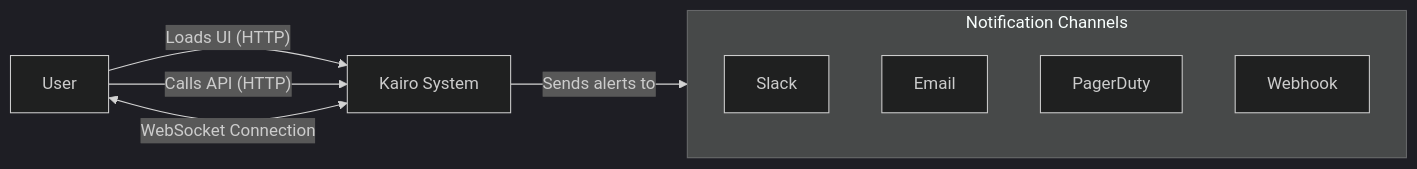
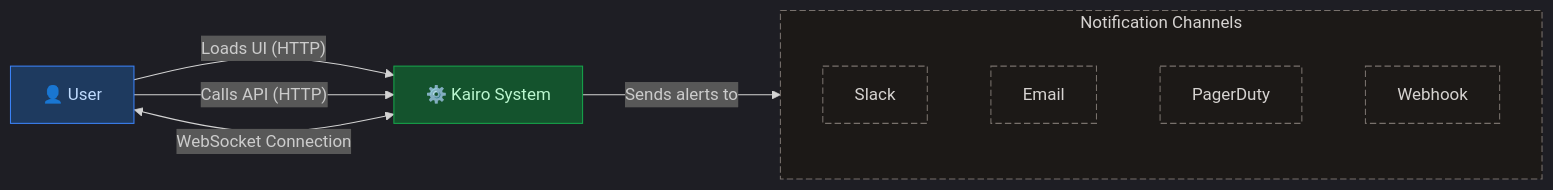
The diagram in docs/architecture/c4/1-context.mmd (aaron-fredrick/kairo), drawn with Mermaid before and after one commit. The commit also changed 14 other files, not shown here.

First line of the commit message:
Add C4 model diagrams for various components and layers

```diff
--- a/docs/architecture/c4/1-context.mmd
+++ b/docs/architecture/c4/1-context.mmd
@@ -1,25 +1,34 @@
 %%{init: {
   "theme": "dark",
   "flowchart": {
-    "nodeSpacing": 50,
-    "rankSpacing": 60
+    "nodeSpacing": 60,
+    "rankSpacing": 80
   }
 }}%%
 
 flowchart LR
-    User[User]
+    User["👤 User"]
 
-    Kairo[Kairo System]
+    Kairo["⚙️ Kairo System"]
 
     subgraph NC["Notification Channels"]
-        Slack[Slack]
-        Email[Email]
-        PagerDuty[PagerDuty]
-        Webhook[Webhook]
+        Slack["Slack"]
+        Email["Email"]
+        PagerDuty["PagerDuty"]
+        Webhook["Webhook"]
     end
 
     User -->|"Loads UI (HTTP)"| Kairo
     User -->|"Calls API (HTTP)"| Kairo
     User <-->|"WebSocket Connection"| Kairo
 
     Kairo -->|Sends alerts to| NC
+
+    %% ── Styles ───────────────────────────────────────────────────────────────
+    classDef person    fill:#1e3a5f,stroke:#3b82f6,color:#bfdbfe
+    classDef system    fill:#14532d,stroke:#16a34a,color:#bbf7d0
+    classDef external  fill:#1c1917,stroke:#78716c,color:#d6d3d1,stroke-dasharray:6 3
+
+    class User person
+    class Kairo system
+    class NC,Slack,Email,PagerDuty,Webhook external
```
